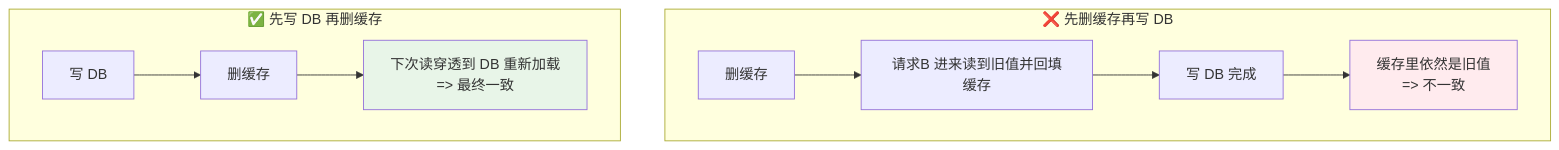
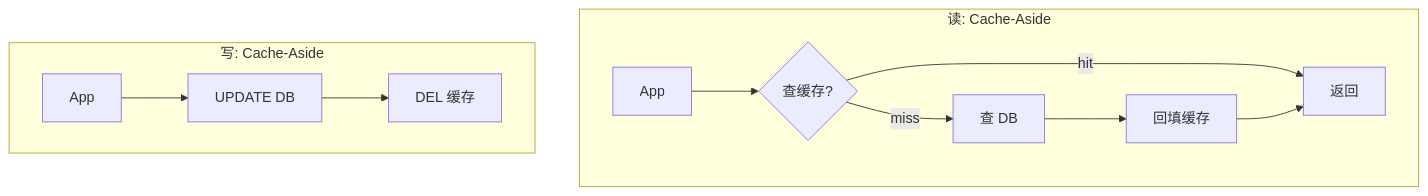
One commit to chongyang211/YCBookBlog changed the seventh of 18 diagrams in docs/10.真经/05.方案设计思想/04.缓存架构设计思想.md. Above: the diagram before and after it, drawn with Mermaid. The commit also changed other lines of this file and 36 other files, not shown here.

````diff
--- a/docs/10.真经/05.方案设计思想/04.缓存架构设计思想.md
+++ b/docs/10.真经/05.方案设计思想/04.缓存架构设计思想.md
@@ -453,16 +645,15 @@
 ```mermaid
 graph TB
-    subgraph "❌ 先删缓存再写 DB"
-        A1[删缓存] --> A2[请求B 进来读到旧值并回填缓存]
-        A2 --> A3[写 DB 完成]
-        A3 --> A4[缓存里依然是旧值<br/>=> 不一致]
+    subgraph "读: Cache-Aside"
+        R1[App] --> R2{查缓存?}
+        R2 -->|hit| R3[返回]
+        R2 -->|miss| R4[查 DB]
+        R4 --> R5[回填缓存]
+        R5 --> R3
     end
     
-    subgraph "✅ 先写 DB 再删缓存"
-        B1[写 DB] --> B2[删缓存]
-        B2 --> B3[下次读穿透到 DB 重新加载<br/>=> 最终一致]
+    subgraph "写: Cache-Aside"
+        W1[App] --> W2[UPDATE DB]
+        W2 --> W3[DEL 缓存]
     end
-    
-    style A4 fill:#ffebee
-    style B3 fill:#e8f5e8
 ```
````
